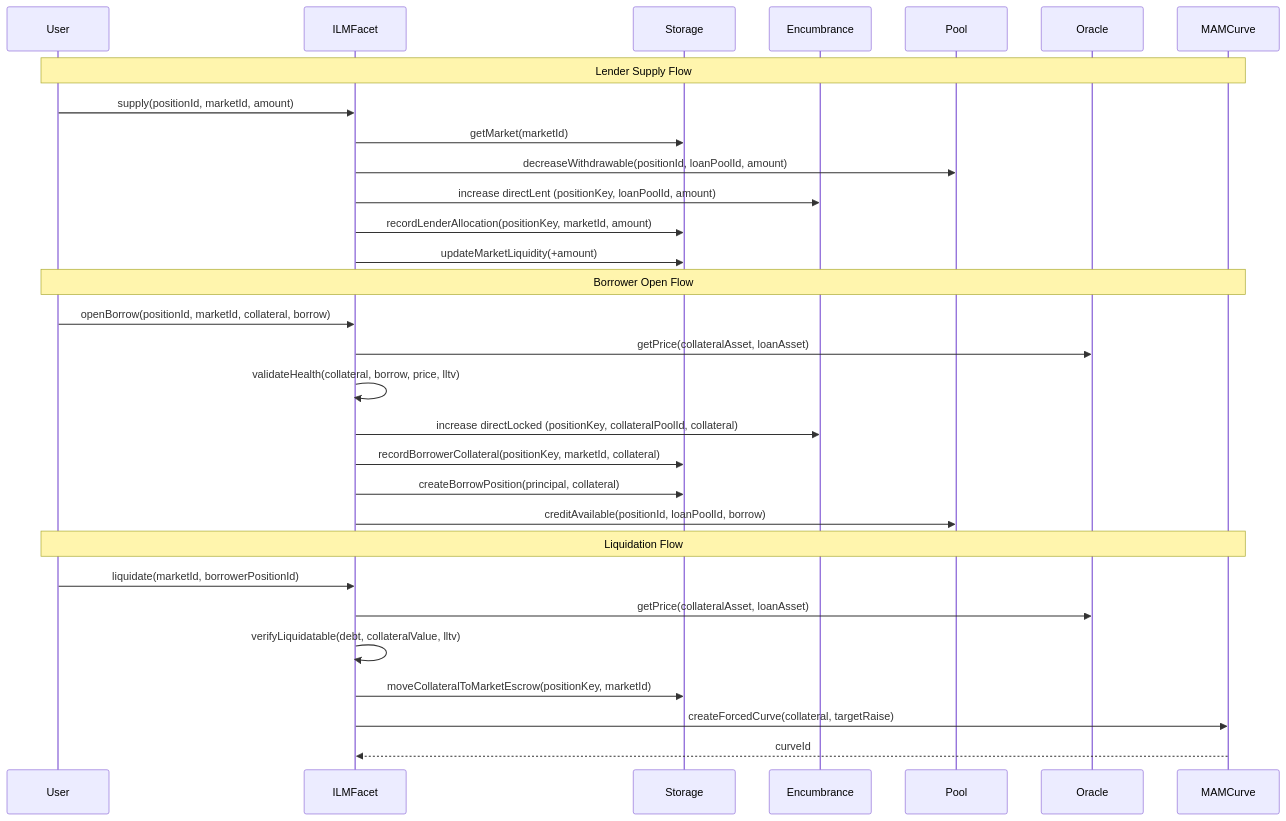
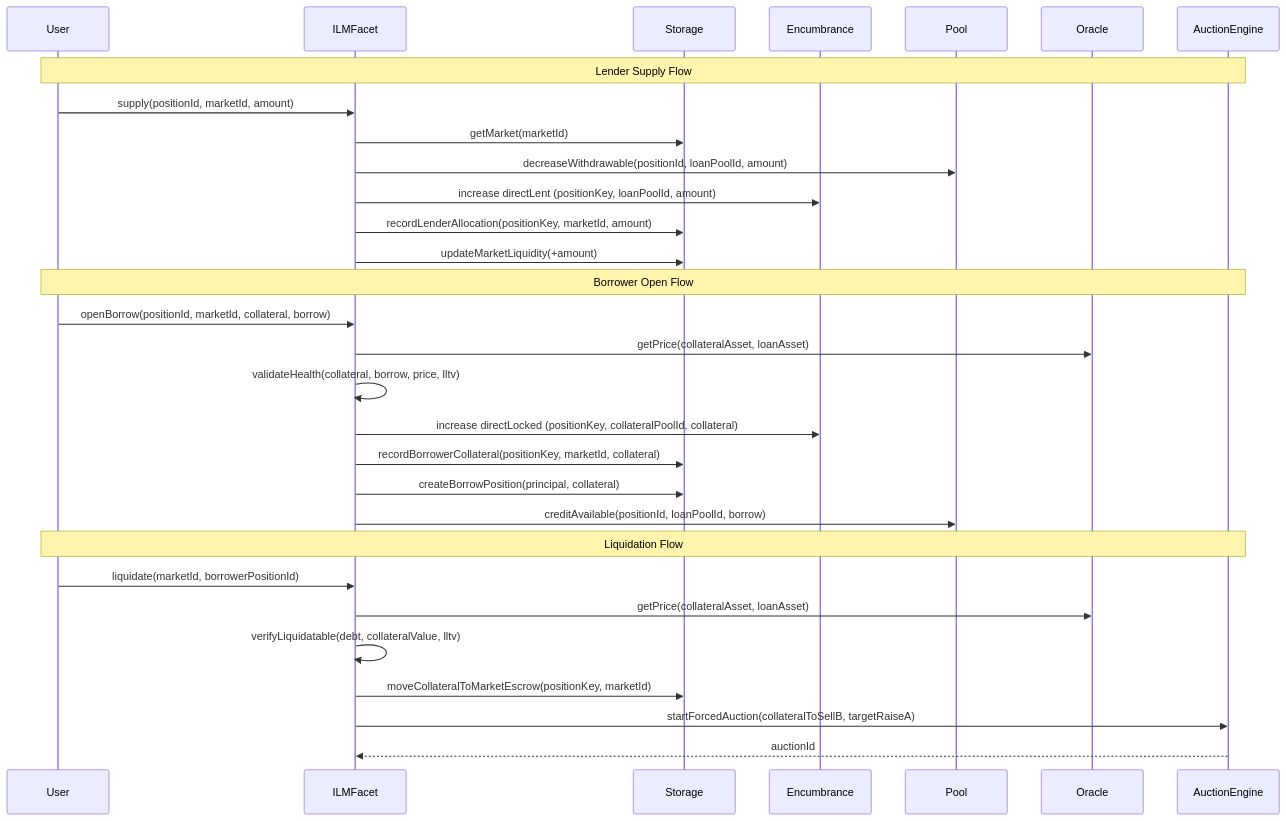
The second of 2 diagrams in docs/ext-mods/ILM-Design.md (EqualFiLabs/EqualFi), drawn with Mermaid before and after one commit. The commit also changed other lines of this file and 8 other files, not shown here.

````diff
--- a/docs/ext-mods/ILM-Design.md
+++ b/docs/ext-mods/ILM-Design.md
@@ -55,35 +55,35 @@
 ```mermaid
 sequenceDiagram
     participant User
     participant ILMFacet
     participant Storage
     participant Encumbrance
     participant Pool
     participant Oracle
-    participant MAMCurve
+    participant AuctionEngine
     
-    Note over User,MAMCurve: Lender Supply Flow
+    Note over User,AuctionEngine: Lender Supply Flow
     User->>ILMFacet: supply(positionId, marketId, amount)
     ILMFacet->>Storage: getMarket(marketId)
     ILMFacet->>Pool: decreaseWithdrawable(positionId, loanPoolId, amount)
     ILMFacet->>Encumbrance: increase directLent (positionKey, loanPoolId, amount)
     ILMFacet->>Storage: recordLenderAllocation(positionKey, marketId, amount)
     ILMFacet->>Storage: updateMarketLiquidity(+amount)
     
-    Note over User,MAMCurve: Borrower Open Flow
+    Note over User,AuctionEngine: Borrower Open Flow
     User->>ILMFacet: openBorrow(positionId, marketId, collateral, borrow)
     ILMFacet->>Oracle: getPrice(collateralAsset, loanAsset)
     ILMFacet->>ILMFacet: validateHealth(collateral, borrow, price, lltv)
     ILMFacet->>Encumbrance: increase directLocked (positionKey, collateralPoolId, collateral)
     ILMFacet->>Storage: recordBorrowerCollateral(positionKey, marketId, collateral)
     ILMFacet->>Storage: createBorrowPosition(principal, collateral)
     ILMFacet->>Pool: creditAvailable(positionId, loanPoolId, borrow)
     
-    Note over User,MAMCurve: Liquidation Flow
+    Note over User,AuctionEngine: Liquidation Flow
     User->>ILMFacet: liquidate(marketId, borrowerPositionId)
     ILMFacet->>Oracle: getPrice(collateralAsset, loanAsset)
     ILMFacet->>ILMFacet: verifyLiquidatable(debt, collateralValue, lltv)
     ILMFacet->>Storage: moveCollateralToMarketEscrow(positionKey, marketId)
-    ILMFacet->>MAMCurve: createForcedCurve(collateral, targetRaise)
-    MAMCurve-->>ILMFacet: curveId
+    ILMFacet->>AuctionEngine: startForcedAuction(collateralToSellB, targetRaiseA)
+    AuctionEngine-->>ILMFacet: auctionId
 ```
````
